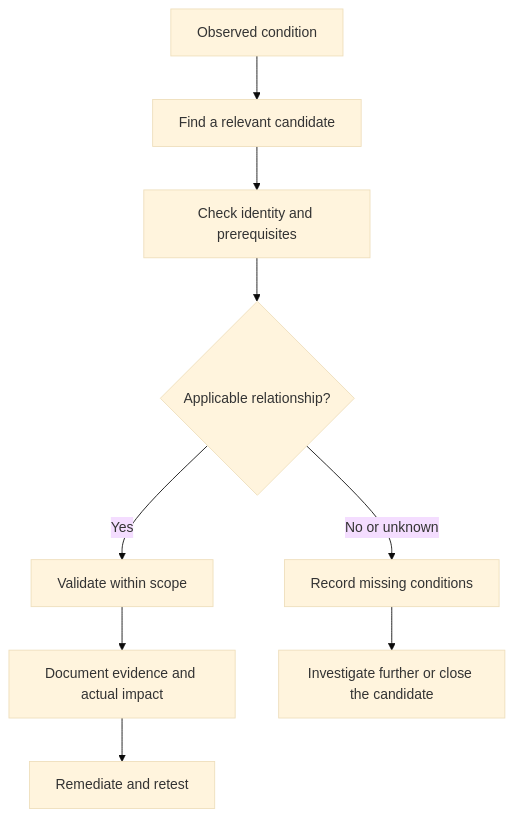
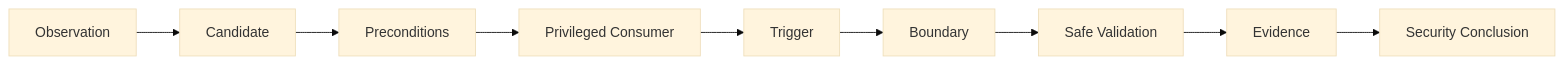
Before and after one commit to asifnawazminhas/security-notes: the diagram in docs/privesc/index.md, drawn with Mermaid (base theme). The commit also changed other lines of this file, not shown here.

````diff
--- a/docs/privesc/index.md
+++ b/docs/privesc/index.md
@@ -109,11 +71,11 @@
 ```mermaid
-flowchart TD
-    A["Observed condition"] --> B["Find a relevant candidate"]
-    B --> C["Check identity and prerequisites"]
-    C --> D{"Applicable relationship?"}
-    D -->|Yes| E["Validate within scope"]
-    D -->|No or unknown| F["Record missing conditions"]
-    E --> G["Document evidence and actual impact"]
-    F --> H["Investigate further or close the candidate"]
-    G --> I["Remediate and retest"]
+flowchart LR
+    A["Observation"] --> B["Candidate"]
+    B --> C["Preconditions"]
+    C --> D["Privileged Consumer"]
+    D --> E["Trigger"]
+    E --> F["Boundary"]
+    F --> G["Safe Validation"]
+    G --> H["Evidence"]
+    H --> I["Security Conclusion"]
 ```
````
